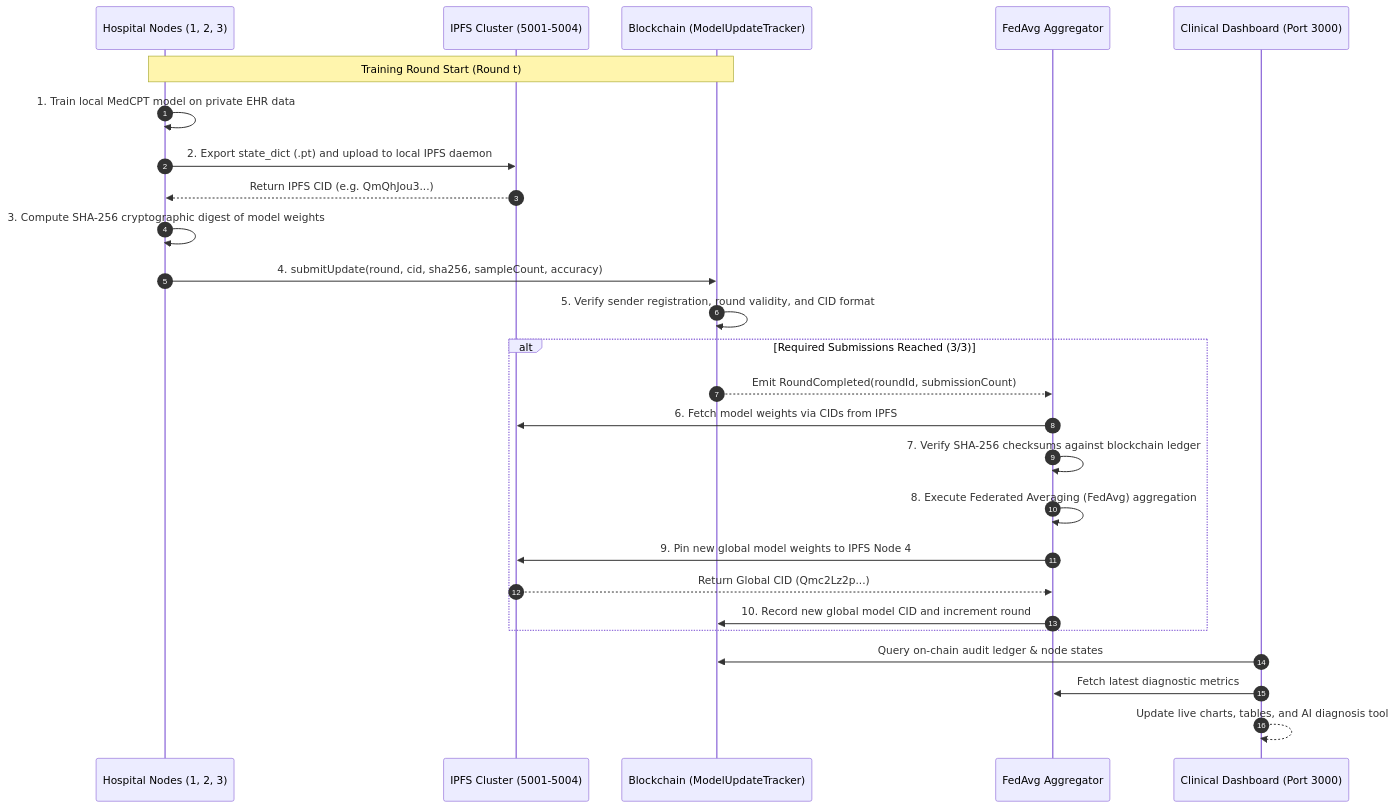
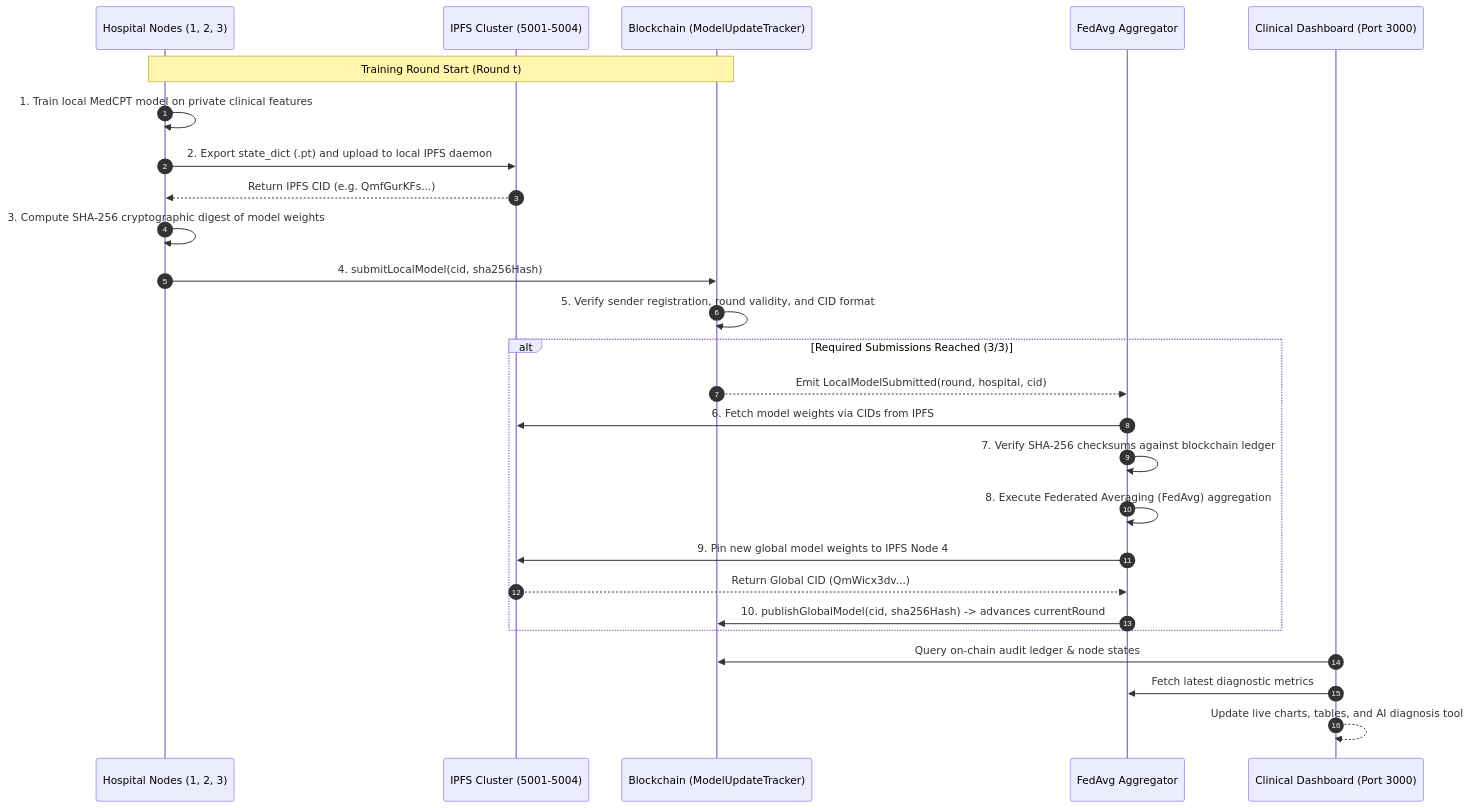
One commit to SuhasRam356/Decentralized-Privacy-Preserving-Federated-Learning-with-Blockchain-for-Distributed-Hospitals changed the diagram in README.md. Above: the diagram before and after it, drawn with Mermaid. The commit also changed other lines of this file and 27 other files, not shown here.

````diff
--- a/README.md
+++ b/README.md
@@ -260,29 +260,29 @@
 ```mermaid
 sequenceDiagram
     autonumber
     participant H as Hospital Nodes (1, 2, 3)
     participant I as IPFS Cluster (5001-5004)
     participant B as Blockchain (ModelUpdateTracker)
     participant A as FedAvg Aggregator
     participant D as Clinical Dashboard (Port 3000)
 
     Note over H,B: Training Round Start (Round t)
-    H->>H: 1. Train local MedCPT model on private EHR data
+    H->>H: 1. Train local MedCPT model on private clinical features
     H->>I: 2. Export state_dict (.pt) and upload to local IPFS daemon
-    I-->>H: Return IPFS CID (e.g. QmQhJou3...)
+    I-->>H: Return IPFS CID (e.g. QmfGurKFs...)
     H->>H: 3. Compute SHA-256 cryptographic digest of model weights
-    H->>B: 4. submitUpdate(round, cid, sha256, sampleCount, accuracy)
+    H->>B: 4. submitLocalModel(cid, sha256Hash)
     B->>B: 5. Verify sender registration, round validity, and CID format
     alt Required Submissions Reached (3/3)
-        B-->>A: Emit RoundCompleted(roundId, submissionCount)
+        B-->>A: Emit LocalModelSubmitted(round, hospital, cid)
         A->>I: 6. Fetch model weights via CIDs from IPFS
         A->>A: 7. Verify SHA-256 checksums against blockchain ledger
         A->>A: 8. Execute Federated Averaging (FedAvg) aggregation
         A->>I: 9. Pin new global model weights to IPFS Node 4
-        I-->>A: Return Global CID (Qmc2Lz2p...)
-        A->>B: 10. Record new global model CID and increment round
+        I-->>A: Return Global CID (QmWicx3dv...)
+        A->>B: 10. publishGlobalModel(cid, sha256Hash) -> advances currentRound
     end
     D->>B: Query on-chain audit ledger & node states
     D->>A: Fetch latest diagnostic metrics
     D-->>D: Update live charts, tables, and AI diagnosis tool
 ```
````
